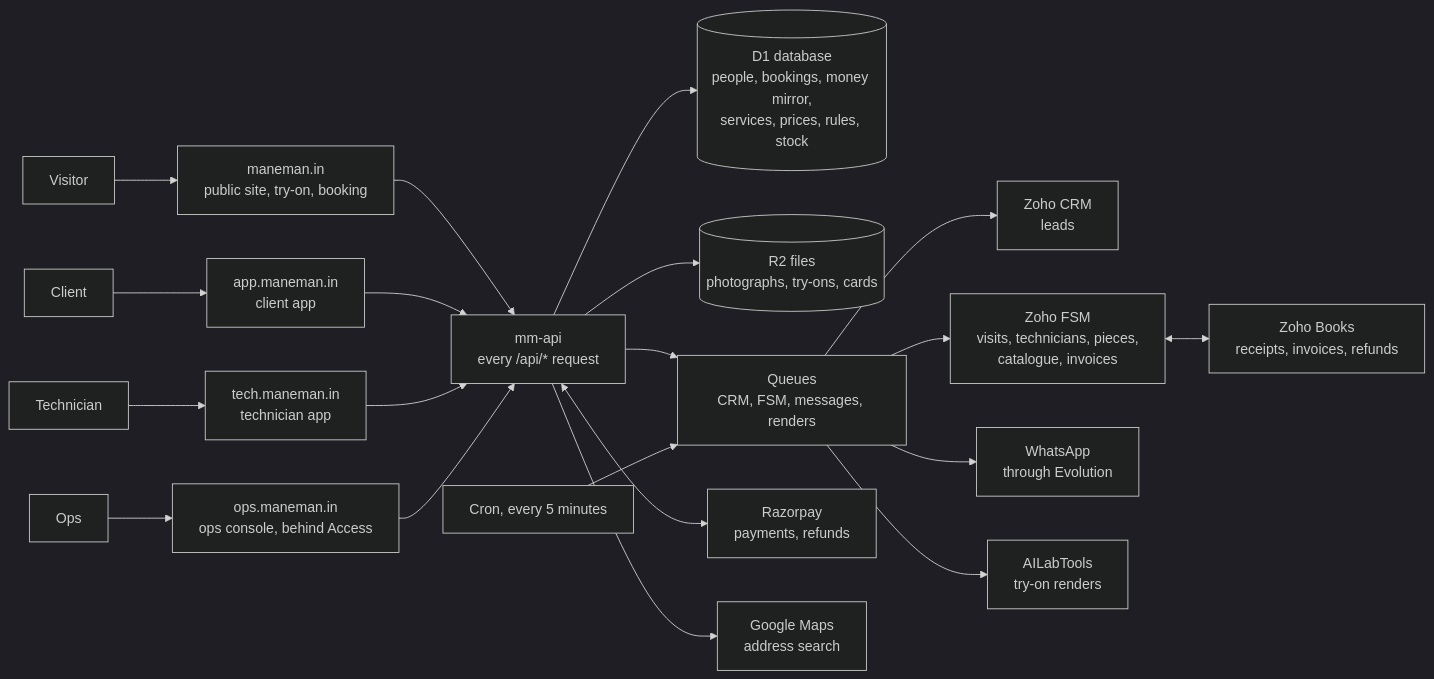
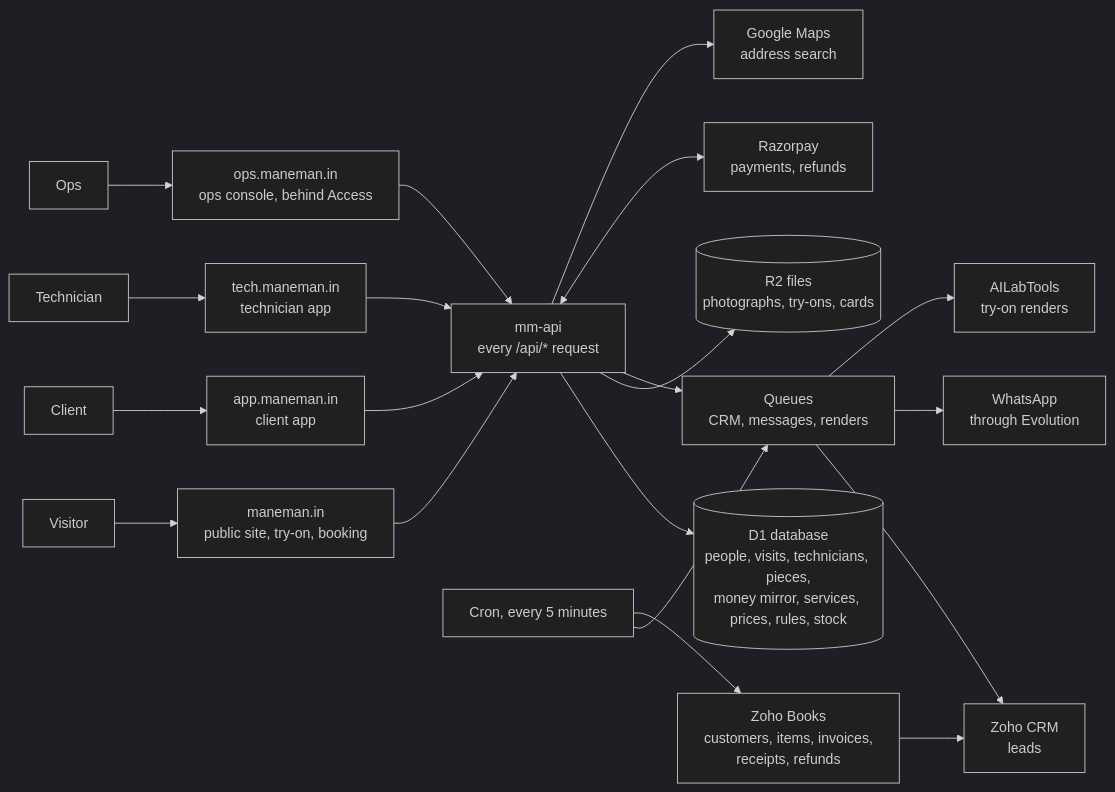
The diagram in docs/walkthrough.md (techadmin-maneman/web), drawn with Mermaid (dark theme) before and after one commit. The commit also changed other lines of this file and 1 other file, not shown here.

Commit message:
P4-01 The walkthrough and the runbook without FSM (3 of 3, first half)

````diff
--- a/docs/walkthrough.md
+++ b/docs/walkthrough.md
@@ -7,22 +7,22 @@
 ```mermaid
 flowchart LR
   V[Visitor] --> SITE["maneman.in<br/>public site, try-on, booking"]
   C[Client] --> APP["app.maneman.in<br/>client app"]
   T[Technician] --> TECH["tech.maneman.in<br/>technician app"]
   O[Ops] --> OPS["ops.maneman.in<br/>ops console, behind Access"]
   SITE --> API
   APP --> API
   TECH --> API
   OPS --> API
-  API["mm-api<br/>every /api/* request"] --> D1[("D1 database<br/>people, bookings, money mirror,<br/>services, prices, rules, stock")]
+  API["mm-api<br/>every /api/* request"] --> D1[("D1 database<br/>people, visits, technicians, pieces,<br/>money mirror, services, prices, rules, stock")]
   API --> R2[("R2 files<br/>photographs, try-ons, cards")]
-  API --> Q["Queues<br/>CRM, FSM, messages, renders"]
+  API --> Q["Queues<br/>CRM, messages, renders"]
   CRON["Cron, every 5 minutes"] --> Q
   Q --> CRM["Zoho CRM<br/>leads"]
-  Q --> FSM["Zoho FSM<br/>visits, technicians, pieces,<br/>catalogue, invoices"]
-  FSM <--> BOOKS["Zoho Books<br/>receipts, invoices, refunds"]
+  CRON --> BOOKS["Zoho Books<br/>customers, items, invoices,<br/>receipts, refunds"]
+  BOOKS --> CRM
   Q --> WA["WhatsApp<br/>through Evolution"]
   Q --> AIL["AILabTools<br/>try-on renders"]
   API <--> RZP["Razorpay<br/>payments, refunds"]
   API --> GMAP["Google Maps<br/>address search"]
 ```
````
